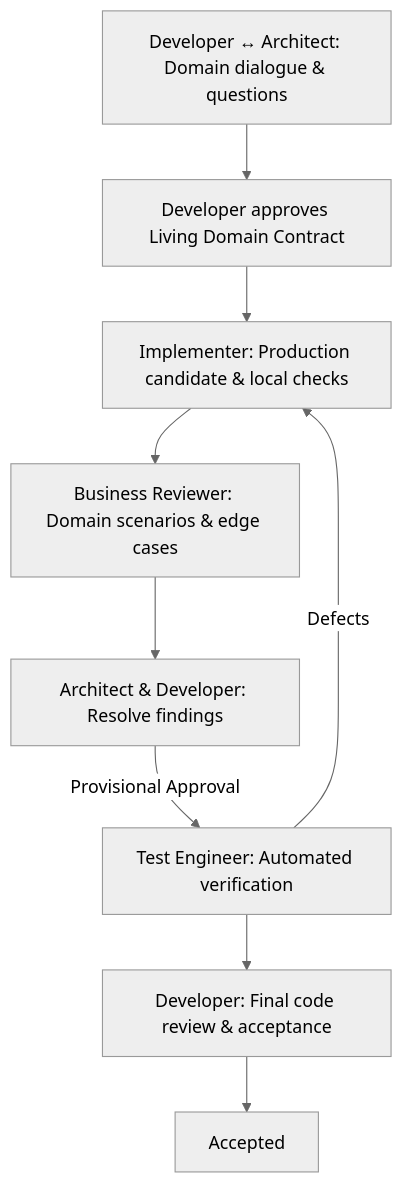
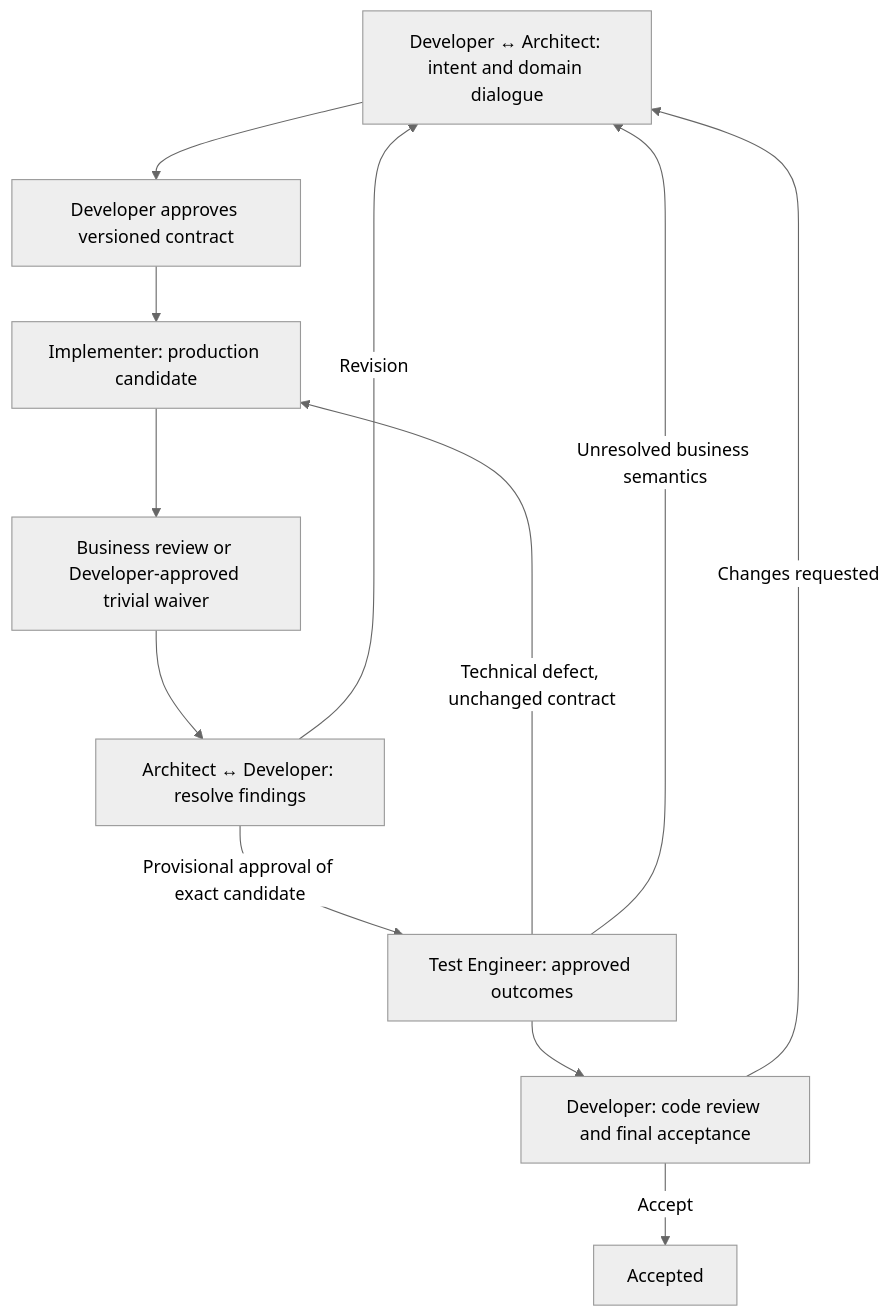
Before and after one commit to VKWHM/agad: the diagram in integrations/codex/README.md, drawn with Mermaid (neutral theme). The commit also changed other lines of this file and 19 other files, not shown here.

````diff
--- a/integrations/codex/README.md
+++ b/integrations/codex/README.md
@@ -124,11 +125,14 @@
 ```mermaid
 flowchart TD
-  D[Developer ↔ Architect: Domain dialogue & questions] --> C[Developer approves Living Domain Contract]
-  C --> I[Implementer: Production candidate & local checks]
-  I --> B[Business Reviewer: Domain scenarios & edge cases]
-  B --> A[Architect & Developer: Resolve findings]
-  A -->|Provisional Approval| T[Test Engineer: Automated verification]
-  T -->|Defects| I
-  T --> R[Developer: Final code review & acceptance]
-  R --> F[Accepted]
+  D[Developer ↔ Architect: intent and domain dialogue] --> C[Developer approves versioned contract]
+  C --> I[Implementer: production candidate]
+  I --> B[Business review or Developer-approved trivial waiver]
+  B --> A[Architect ↔ Developer: resolve findings]
+  A -->|Revision| D
+  A -->|Provisional approval of exact candidate| T[Test Engineer: approved outcomes]
+  T -->|Technical defect, unchanged contract| I
+  T -->|Unresolved business semantics| D
+  T --> R[Developer: code review and final acceptance]
+  R -->|Changes requested| D
+  R -->|Accept| F[Accepted]
 ```
````
